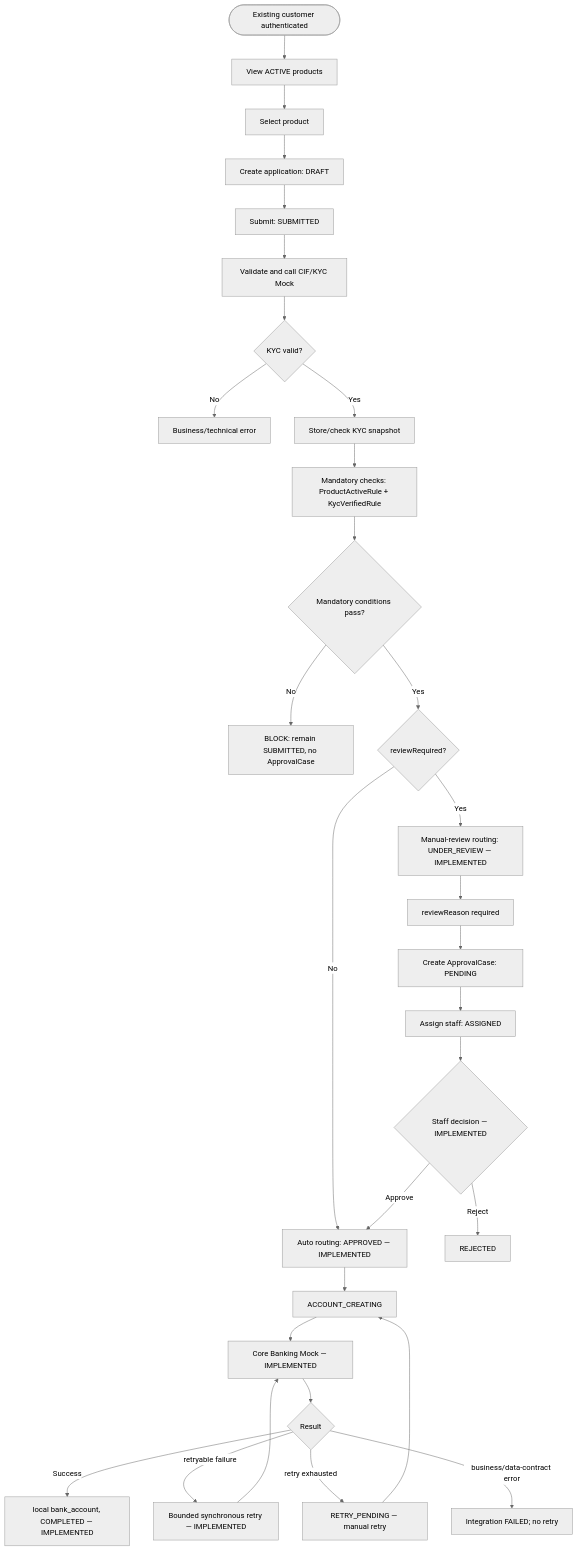
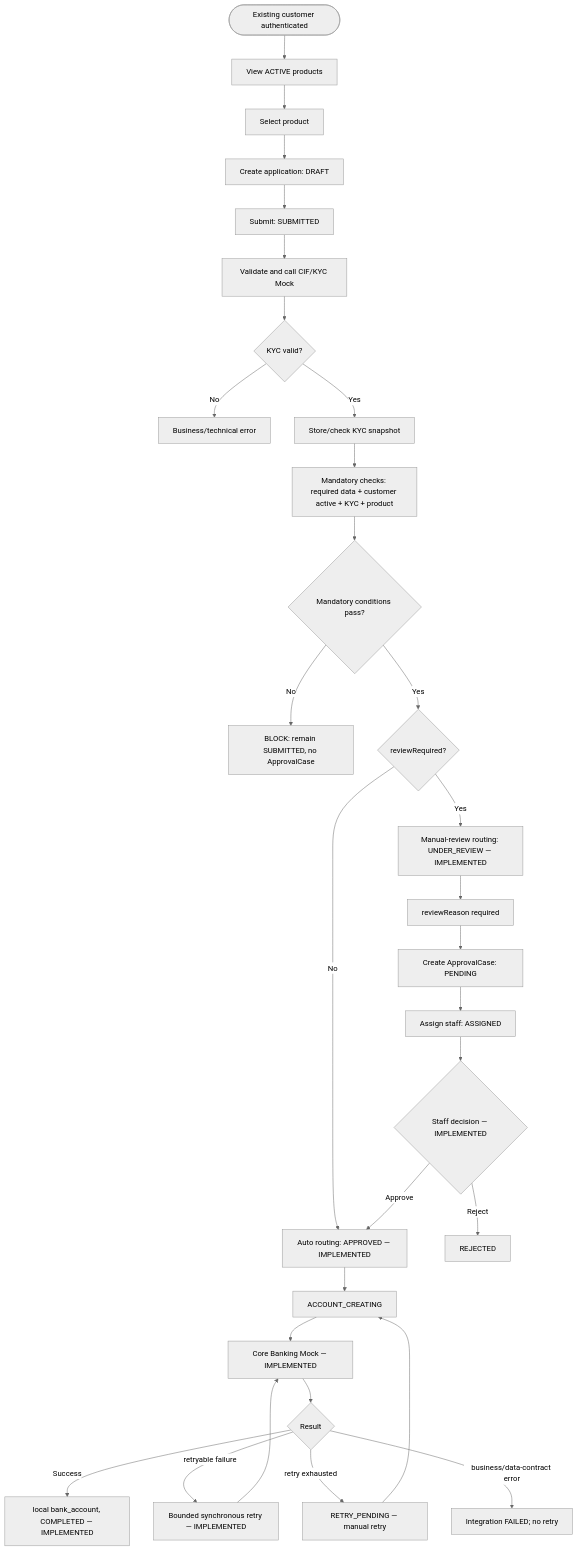
One commit to Mikokoomi/digital-account-opening changed the first of 2 diagrams in docs/workflow-design.md. Above: the diagram before and after it, drawn with Mermaid (neutral theme). The commit also changed other lines of this file and 21 other files, not shown here.

````diff
--- a/docs/workflow-design.md
+++ b/docs/workflow-design.md
@@ -9,32 +9,32 @@
 ```mermaid
 flowchart TD
     A([Existing customer authenticated]) --> B[View ACTIVE products]
     B --> C[Select product]
     C --> D[Create application: DRAFT]
     D --> E[Submit: SUBMITTED]
     E --> F[Validate and call CIF/KYC Mock]
     F --> G{KYC valid?}
     G -- No --> X[Business/technical error]
     G -- Yes --> H[Store/check KYC snapshot]
-    H --> J[Mandatory checks: ProductActiveRule + KycVerifiedRule]
+    H --> J[Mandatory checks: required data + customer active + KYC + product]
     J --> K{Mandatory conditions pass?}
     K -- No --> X1[BLOCK: remain SUBMITTED, no ApprovalCase]
     K -- Yes --> RQ{reviewRequired?}
     RQ -- No --> L[Auto routing: APPROVED — IMPLEMENTED]
     RQ -- Yes --> M[Manual-review routing: UNDER_REVIEW — IMPLEMENTED]
     M --> N1[reviewReason required]
     N1 --> C1[Create ApprovalCase: PENDING]
     C1 --> C2[Assign staff: ASSIGNED]
     C2 --> O{Staff decision — IMPLEMENTED}
     O -- Approve --> L
     O -- Reject --> N[REJECTED]
     L --> AC[ACCOUNT_CREATING]
     AC --> P[Core Banking Mock — IMPLEMENTED]
     P --> Q{Result}
     Q -- Success --> R[local bank_account, COMPLETED — IMPLEMENTED]
     Q -- retryable failure --> S[Bounded synchronous retry — IMPLEMENTED]
     S --> P
     Q -- retry exhausted --> T[RETRY_PENDING — manual retry]
     T --> AC
     Q -- business/data-contract error --> U[Integration FAILED; no retry]
 ```
````
